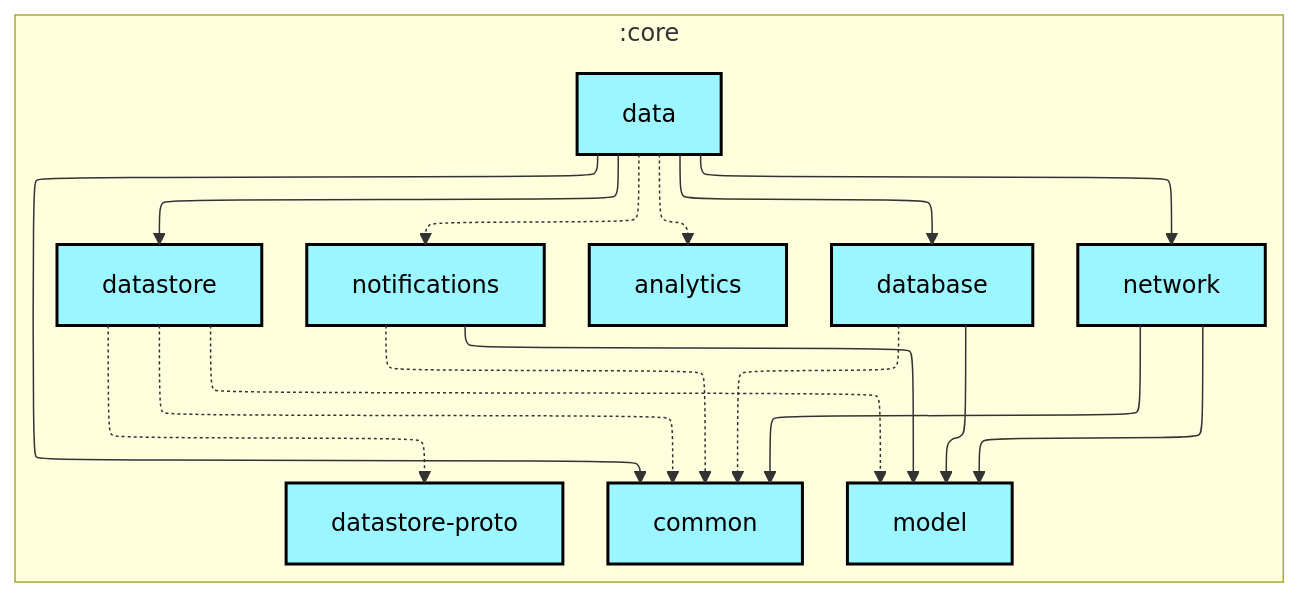
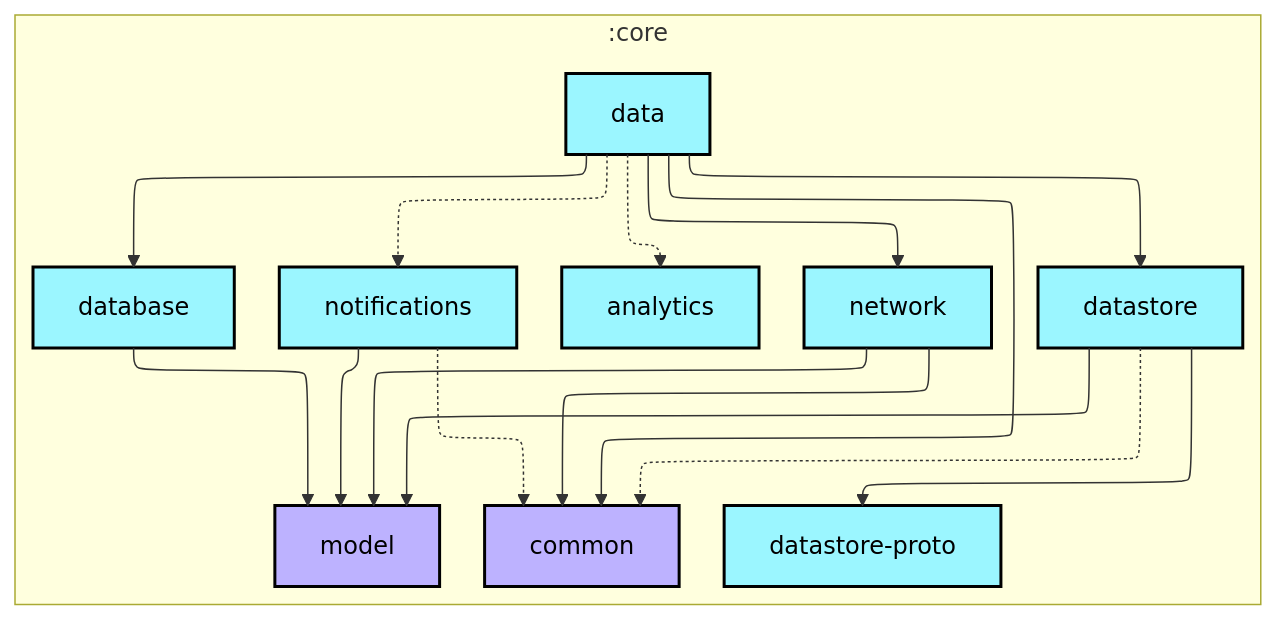
Before and after one commit to lihenggui/nowinkmp: the first of 2 diagrams in core/data/README.md, drawn with Mermaid. The commit also changed other lines of this file and 26 other files, not shown here.

First line of the commit message:
Revert "Updates module graphs"

````diff
--- a/core/data/README.md
+++ b/core/data/README.md
@@ -6,44 +6,43 @@
 ```mermaid
 ---
 config:
   layout: elk
   elk:
     nodePlacementStrategy: SIMPLE
 ---
 graph TB
   subgraph :core
     direction TB
-    :core:analytics[analytics]:::kmp-library
-    :core:common[common]:::kmp-library
-    :core:data[data]:::kmp-library
-    :core:database[database]:::kmp-library
-    :core:datastore[datastore]:::kmp-library
-    :core:datastore-proto[datastore-proto]:::kmp-library
-    :core:model[model]:::kmp-library
-    :core:network[network]:::kmp-library
-    :core:notifications[notifications]:::kmp-library
+    :core:analytics[analytics]:::android-library
+    :core:common[common]:::jvm-library
+    :core:data[data]:::android-library
+    :core:database[database]:::android-library
+    :core:datastore[datastore]:::android-library
+    :core:datastore-proto[datastore-proto]:::android-library
+    :core:model[model]:::jvm-library
+    :core:network[network]:::android-library
+    :core:notifications[notifications]:::android-library
   end
 
   :core:data -.-> :core:analytics
   :core:data --> :core:common
   :core:data --> :core:database
   :core:data --> :core:datastore
   :core:data --> :core:network
   :core:data -.-> :core:notifications
-  :core:database -.-> :core:common
   :core:database --> :core:model
   :core:datastore -.-> :core:common
-  :core:datastore -.-> :core:datastore-proto
-  :core:datastore -.-> :core:model
+  :core:datastore --> :core:datastore-proto
+  :core:datastore --> :core:model
   :core:network --> :core:common
   :core:network --> :core:model
   :core:notifications -.-> :core:common
   :core:notifications --> :core:model
 
-classDef cmp-application fill:#CAFFBF,stroke:#000,stroke-width:2px,color:#000;
-classDef cmp-feature fill:#FFD6A5,stroke:#000,stroke-width:2px,color:#000;
-classDef kmp-library fill:#9BF6FF,stroke:#000,stroke-width:2px,color:#000;
+classDef android-application fill:#CAFFBF,stroke:#000,stroke-width:2px,color:#000;
+classDef android-feature fill:#FFD6A5,stroke:#000,stroke-width:2px,color:#000;
+classDef android-library fill:#9BF6FF,stroke:#000,stroke-width:2px,color:#000;
+classDef android-test fill:#A0C4FF,stroke:#000,stroke-width:2px,color:#000;
 classDef jvm-library fill:#BDB2FF,stroke:#000,stroke-width:2px,color:#000;
-classDef android-test fill:#A0C4FF,stroke:#000,stroke-width:2px,color:#000;
 classDef unknown fill:#FFADAD,stroke:#000,stroke-width:2px,color:#000;
 ```
````
